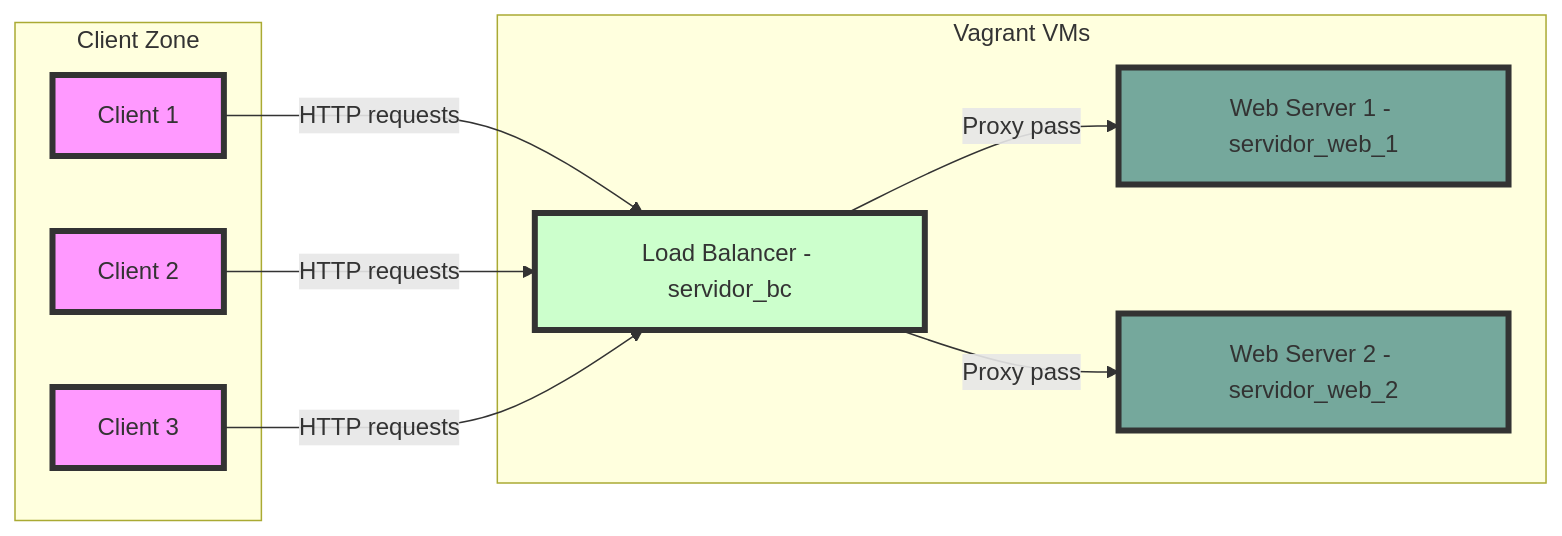
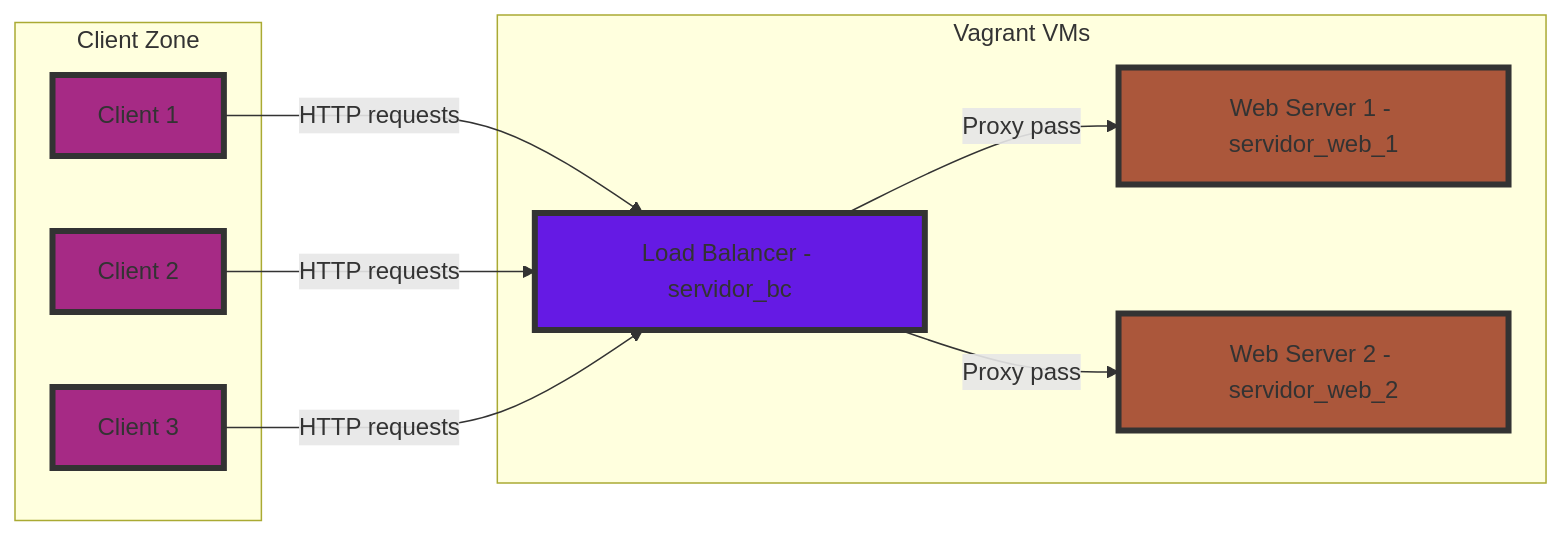
Before and after one commit to sanurb/proyecto-final-servicios: the first of 2 diagrams in README.md, drawn with Mermaid. The commit also changed 5 other files, not shown here.

````diff
--- a/README.md
+++ b/README.md
@@ -8,30 +8,30 @@
 ```mermaid
 graph LR
   subgraph cluster0 [Client Zone]
     client1[Client 1]
     client2[Client 2]
     client3[Client 3]
   end
 
   subgraph cluster1 [Vagrant VMs]
     lb[Load Balancer - servidor_bc]
     web1[Web Server 1 - servidor_web_1]
     web2[Web Server 2 - servidor_web_2]
   end
 
   client1 -->|HTTP requests| lb
   client2 -->|HTTP requests| lb
   client3 -->|HTTP requests| lb
 
   lb -->|Proxy pass| web1
   lb -->|Proxy pass| web2
 
-  classDef client fill:#f9f,stroke:#333,stroke-width:4px;
-  classDef server fill:#75a89c,stroke:#333,stroke-width:4px;
-  classDef loadbalancer fill:#cfc,stroke:#333,stroke-width:4px;
+  classDef client fill:#a62a85,stroke:#333,stroke-width:4px;
+  classDef server fill:#ab573b,stroke:#333,stroke-width:4px;
+  classDef loadbalancer fill:#651ae4,stroke:#333,stroke-width:4px;
 
   class client1,client2,client3 client;
   class web1,web2 server;
   class lb loadbalancer;
 
 ```
````
